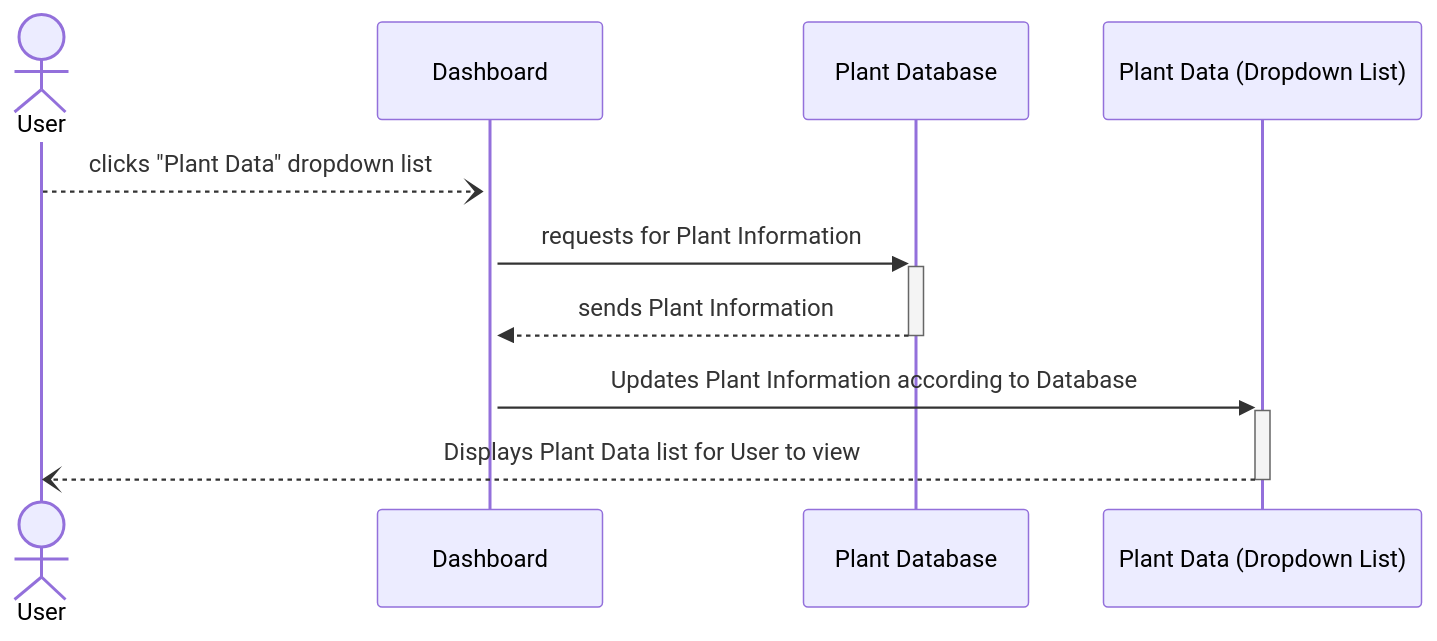
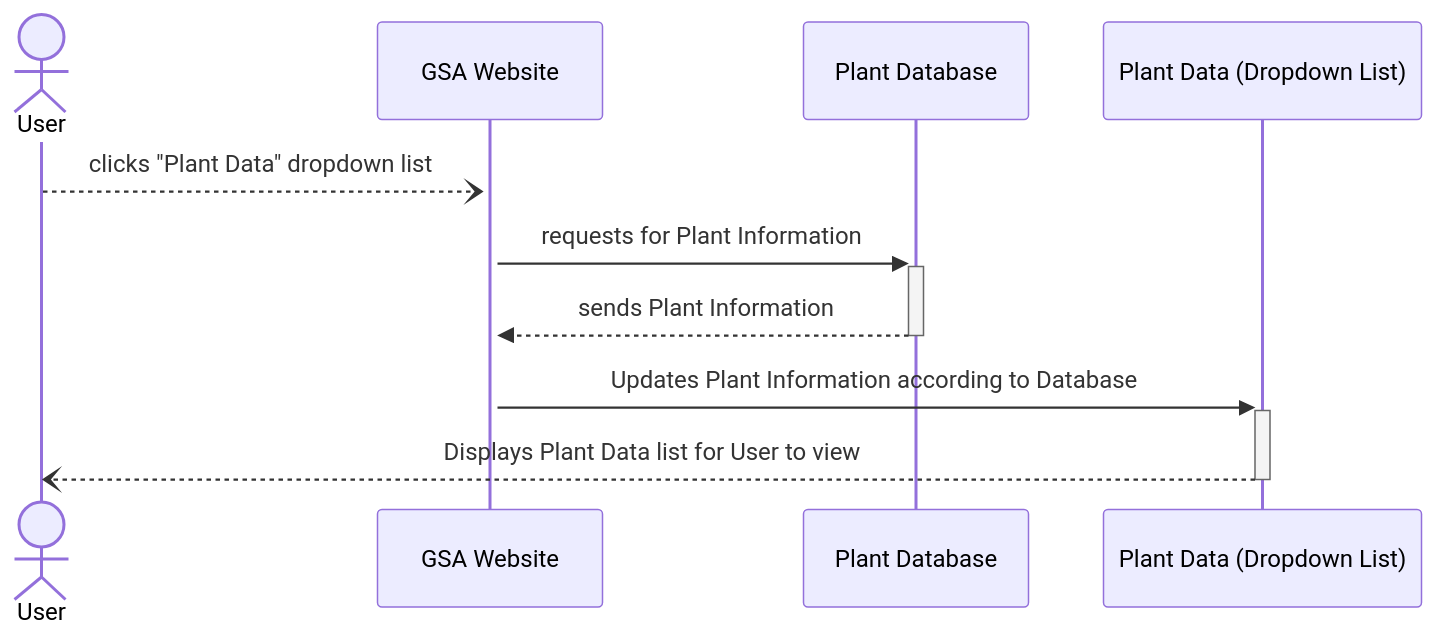
One commit to Capstone-Projects-2023-Fall/project-garden-sensor-array changed the first of 3 diagrams in documentation/docs/system-architecture/sequence_diagrams.md. Above: the diagram before and after it, drawn with Mermaid. The commit also changed other lines of this file, not shown here.

Commit message:
Added description to Use Case seq diagram

````diff
--- a/documentation/docs/system-architecture/sequence_diagrams.md
+++ b/documentation/docs/system-architecture/sequence_diagrams.md
@@ -7,10 +7,10 @@
 ```mermaid
 sequenceDiagram
     Actor User
 
-    User --)+ Dashboard: clicks "Plant Data" dropdown list
-    Dashboard->>+Plant Database: requests for Plant Information
-    Plant Database-->>-Dashboard: sends Plant Information
-    Dashboard->>+Plant Data (Dropdown List): Updates Plant Information according to Database
+    User --)+ GSA Website: clicks "Plant Data" dropdown list
+    GSA Website->>+Plant Database: requests for Plant Information
+    Plant Database-->>-GSA Website: sends Plant Information
+    GSA Website->>+Plant Data (Dropdown List): Updates Plant Information according to Database
     Plant Data (Dropdown List)--)-User:  Displays Plant Data list for User to view
 ```
````
